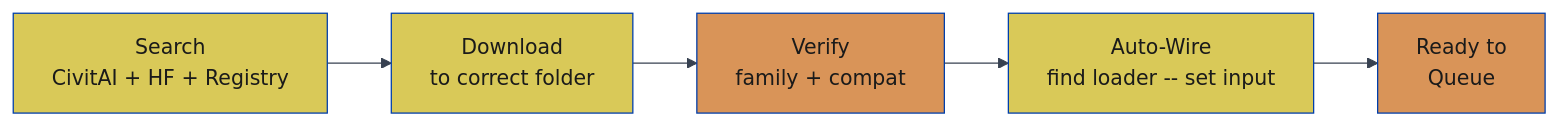
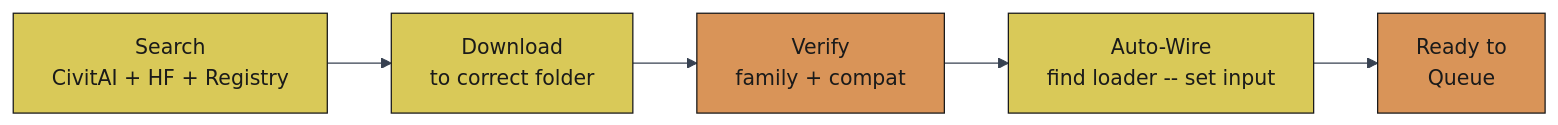
Before and after one commit to JosephOIbrahim/Comfy-Cozy: diagram 16 of 27 in README.md, drawn with Mermaid. The commit also changed other lines of this file, not shown here.

First line of the commit message:
[DOCS] Convert mermaid styling to classDef for reliable GitHub rendering

````diff
--- a/README.md
+++ b/README.md
@@ -840,14 +781,13 @@
 ```mermaid
 %%{init: {'theme':'base','themeVariables': {'primaryColor':'#0066FF','primaryTextColor':'#ffffff','primaryBorderColor':'#003eaa','lineColor':'#374151','secondaryColor':'#374151','tertiaryColor':'#1f2937','fontFamily':'monospace'}}}%%
 flowchart LR
     Search["Search<br/>CivitAI + HF + Registry"] --> Download["Download<br/>to correct folder"]
     Download --> Verify["Verify<br/>family + compat"]
     Verify --> Wire["Auto-Wire<br/>find loader -- set input"]
     Wire --> Ready["Ready to<br/>Queue"]
 
-    style Search fill:#d9c958,color:#1a1a1a
-    style Download fill:#d9c958,color:#1a1a1a
-    style Verify fill:#d99458,color:#1a1a1a
-    style Wire fill:#d9c958,color:#1a1a1a
-    style Ready fill:#d99458,color:#1a1a1a
+    classDef orange fill:#d99458,color:#1a1a1a,stroke:#1a1a1a
+    classDef yellow fill:#d9c958,color:#1a1a1a,stroke:#1a1a1a
+    class Verify,Ready orange
+    class Search,Download,Wire yellow
 ```
````
